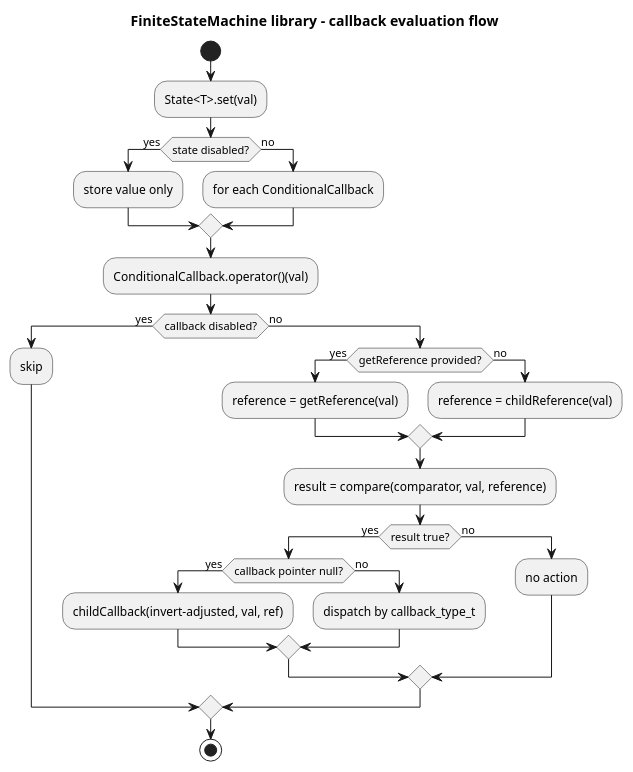
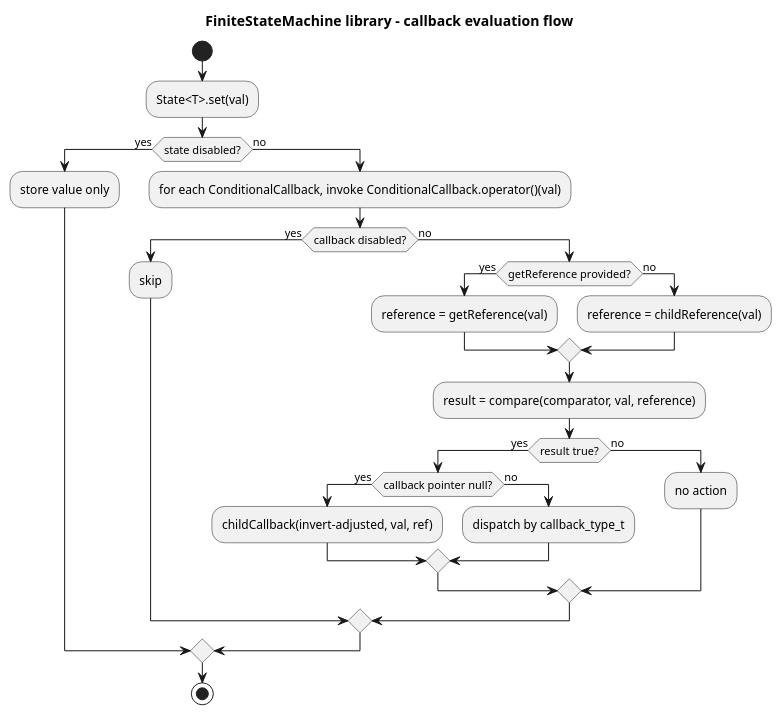
One commit to PeaPodTechnologies/FiniteStateMachine changed the diagram in docs/uml-flow.puml. Above: the diagram before and after it, drawn with PlantUML.

Commit message:
UML improvement

```diff
--- a/docs/uml-flow.puml
+++ b/docs/uml-flow.puml
@@ -1,37 +1,35 @@
 @startuml
 title FiniteStateMachine library - callback evaluation flow
 
 skinparam linetype ortho
 
 start
 :State<T>.set(val);
 if (state disabled?) then (yes)
   :store value only;
 else (no)
-  :for each ConditionalCallback;
-endif
-
-:ConditionalCallback.operator()(val);
-if (callback disabled?) then (yes)
-  :skip;
-else (no)
-  if (getReference provided?) then (yes)
-    :reference = getReference(val);
+  :for each ConditionalCallback, invoke ConditionalCallback.operator()(val);
+  if (callback disabled?) then (yes)
+    :skip;
   else (no)
-    :reference = childReference(val);
-  endif
-  :result = compare(comparator, val, reference);
-  if (result true?) then (yes)
-    if (callback pointer null?) then (yes)
-      :childCallback(invert-adjusted, val, ref);
+    if (getReference provided?) then (yes)
+      :reference = getReference(val);
     else (no)
-      :dispatch by callback_type_t;
+      :reference = childReference(val);
     endif
-  else (no)
-    :no action;
+    :result = compare(comparator, val, reference);
+    if (result true?) then (yes)
+      if (callback pointer null?) then (yes)
+        :childCallback(invert-adjusted, val, ref);
+      else (no)
+        :dispatch by callback_type_t;
+      endif
+    else (no)
+      :no action;
+    endif
   endif
 endif
 
 stop
 
 @enduml
```
